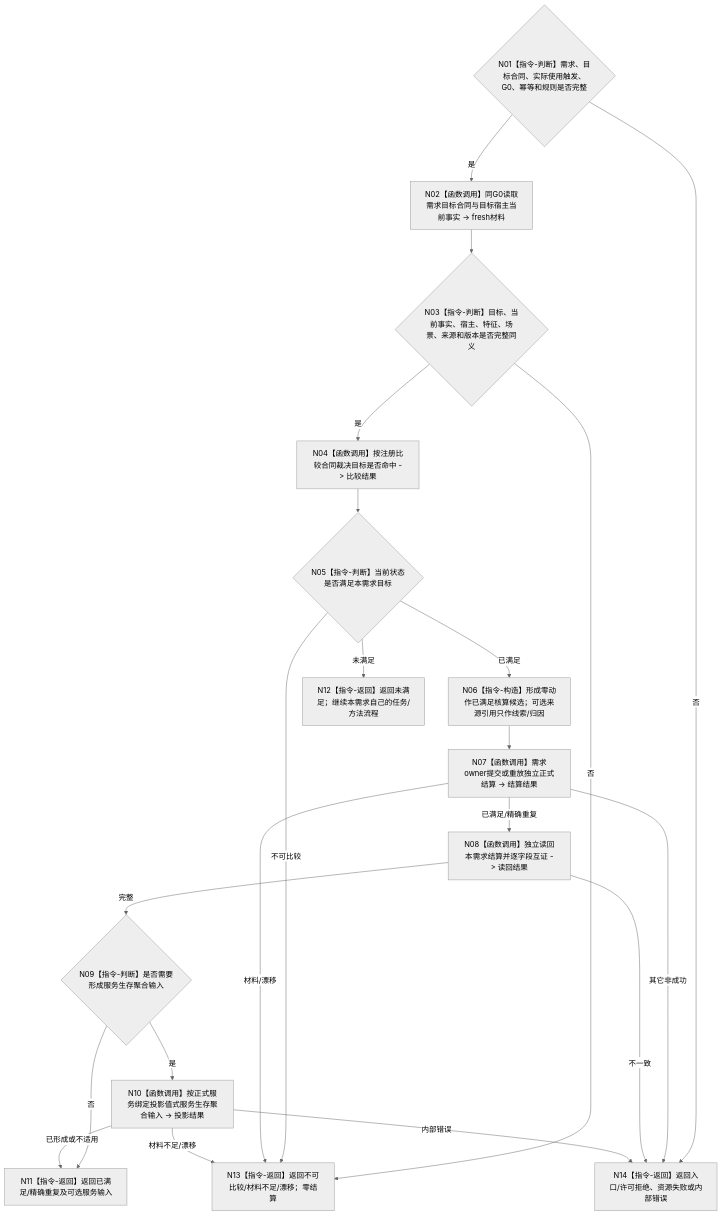
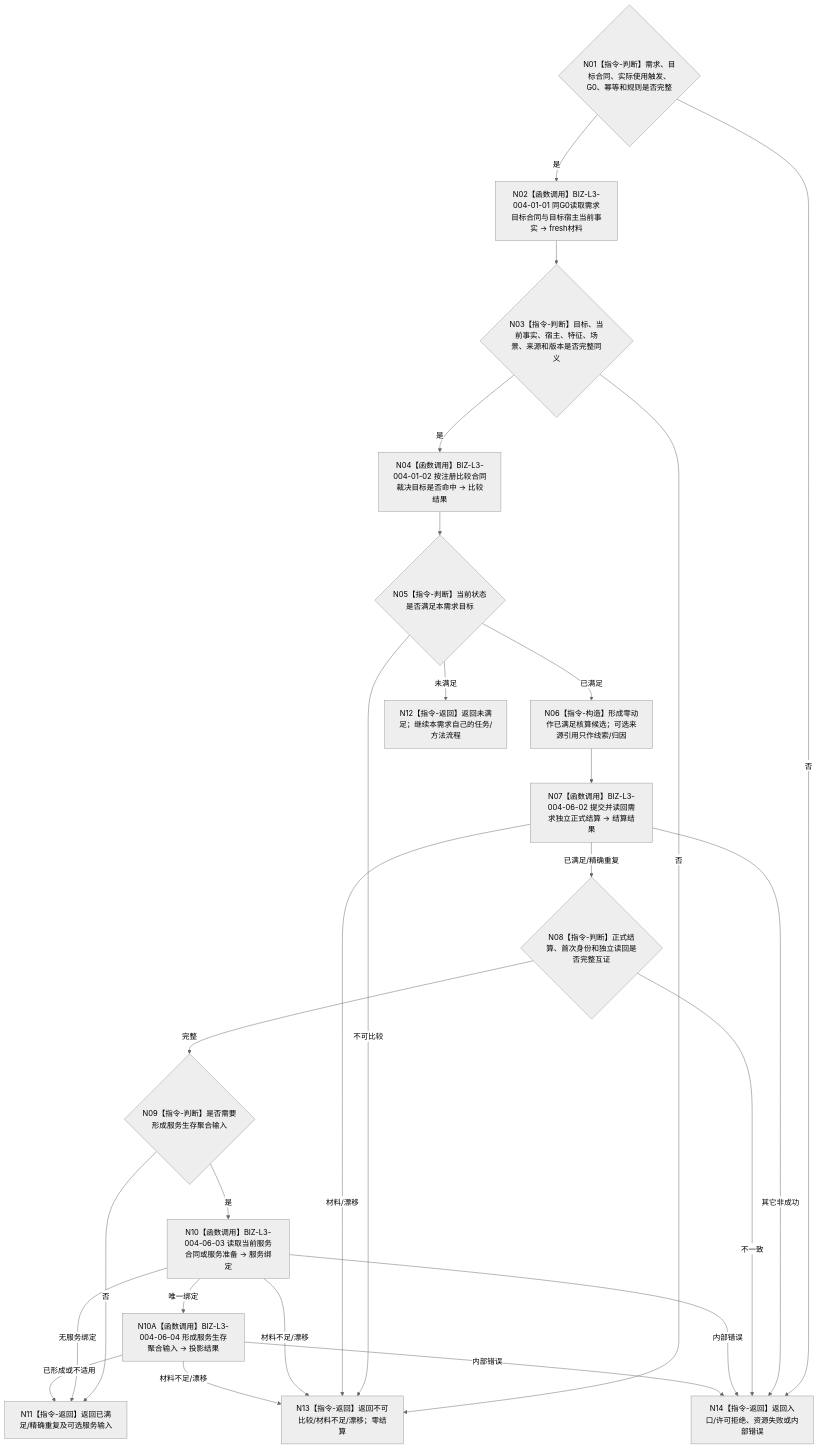
Before and after one commit to chunhaizh-cyber/HY-Ego: the diagram in 流程图/目标业务流程图/L2/BIZ-L2-004-06_按需求实际使用时fresh独立核算_目标函数流程图_v0.2.md, drawn with Mermaid (neutral theme). The commit also changed other lines of this file and 45 other files, not shown here.

Commit message:
校正需求结算与任务后继目标流程图

````diff
--- a/流程图/目标业务流程图/L2/BIZ-L2-004-06_按需求实际使用时fresh独立核算_目标函数流程图_v0.2.md
+++ b/流程图/目标业务流程图/L2/BIZ-L2-004-06_按需求实际使用时fresh独立核算_目标函数流程图_v0.2.md
@@ -33,35 +33,40 @@
 ```mermaid
 flowchart TD
     N01{"N01【指令-判断】需求、目标合同、实际使用触发、G0、幂等和规则是否完整"}
-    N02["N02【函数调用】同G0读取需求目标合同与目标宿主当前事实 -> fresh材料"]
+    N02["N02【函数调用】BIZ-L3-004-01-01 同G0读取需求目标合同与目标宿主当前事实 -> fresh材料"]
     N03{"N03【指令-判断】目标、当前事实、宿主、特征、场景、来源和版本是否完整同义"}
-    N04["N04【函数调用】按注册比较合同裁决目标是否命中 -> 比较结果"]
+    N04["N04【函数调用】BIZ-L3-004-01-02 按注册比较合同裁决目标是否命中 -> 比较结果"]
     N05{"N05【指令-判断】当前状态是否满足本需求目标"}
     N06["N06【指令-构造】形成零动作已满足核算候选；可选来源引用只作线索/归因"]
-    N07["N07【函数调用】需求owner提交或重放独立正式结算 -> 结算结果"]
-    N08["N08【函数调用】独立读回本需求结算并逐字段互证 -> 读回结果"]
+    N07["N07【函数调用】BIZ-L3-004-06-02 提交并读回需求独立正式结算 -> 结算结果"]
+    N08{"N08【指令-判断】正式结算、首次身份和独立读回是否完整互证"}
     N09{"N09【指令-判断】是否需要形成服务生存聚合输入"}
-    N10["N10【函数调用】按正式服务绑定投影值式服务生存聚合输入 -> 投影结果"]
+    N10["N10【函数调用】BIZ-L3-004-06-03 读取当前服务合同或服务准备 -> 服务绑定"]
+    N10A["N10A【函数调用】BIZ-L3-004-06-04 形成服务生存聚合输入 -> 投影结果"]
     N11["N11【指令-返回】返回已满足/精确重复及可选服务输入"]
     N12["N12【指令-返回】返回未满足；继续本需求自己的任务/方法流程"]
     N13["N13【指令-返回】返回不可比较/材料不足/漂移；零结算"]
     N14["N14【指令-返回】返回入口/许可拒绝、资源失败或内部错误"]
 
     N01 -->|否| N14
     N01 -->|是| N02 --> N03
     N03 -->|否| N13
     N03 -->|是| N04 --> N05
     N05 -->|未满足| N12
     N05 -->|不可比较| N13
     N05 -->|已满足| N06 --> N07
     N07 -->|已满足/精确重复| N08
     N07 -->|材料/漂移| N13
     N07 -->|其它非成功| N14
     N08 -->|完整| N09
     N08 -->|不一致| N14
     N09 -->|否| N11
     N09 -->|是| N10
-    N10 -->|已形成或不适用| N11
+    N10 -->|唯一绑定| N10A
+    N10 -->|无服务绑定| N11
     N10 -->|材料不足/漂移| N13
     N10 -->|内部错误| N14
+    N10A -->|已形成或不适用| N11
+    N10A -->|材料不足/漂移| N13
+    N10A -->|内部错误| N14
 ```
````
